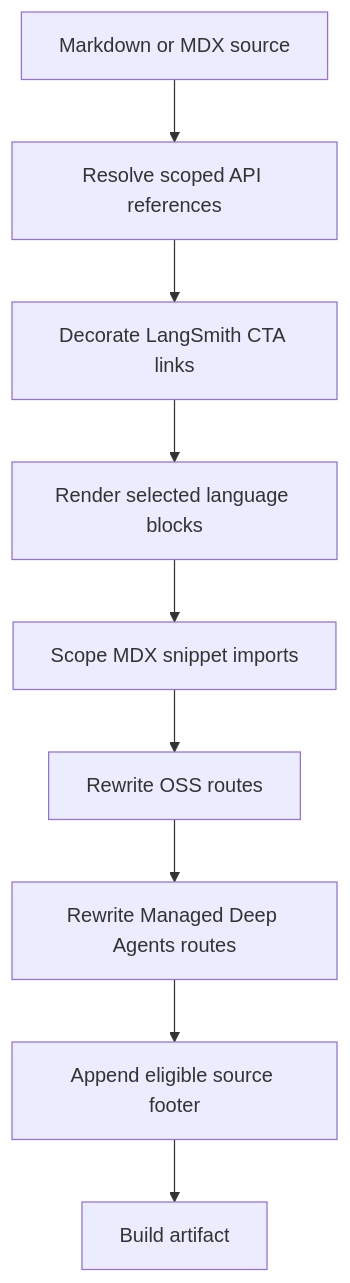
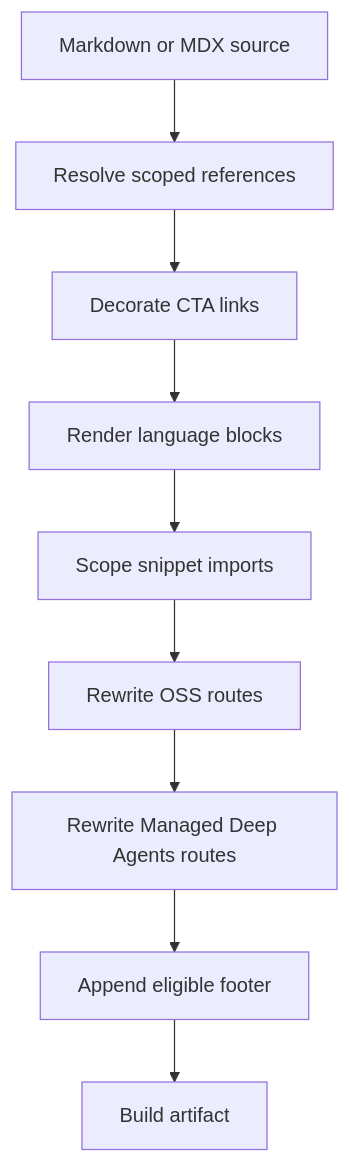
Before and after one commit to langchain-ai/docs: the diagram in openwiki/concepts/preprocessing.md, drawn with Mermaid. The commit also changed other lines of this file and 37 other files, not shown here.

````diff
--- a/openwiki/concepts/preprocessing.md
+++ b/openwiki/concepts/preprocessing.md
@@ -41,11 +41,11 @@
 ```mermaid
 flowchart TD
-    Source["Markdown or MDX source"] --> References["Resolve scoped API references"]
-    References --> Cta["Decorate LangSmith CTA links"]
-    Cta --> Conditional["Render selected language blocks"]
-    Conditional --> Snippets["Scope MDX snippet imports"]
+    Source["Markdown or MDX source"] --> References["Resolve scoped references"]
+    References --> Cta["Decorate CTA links"]
+    Cta --> Conditional["Render language blocks"]
+    Conditional --> Snippets["Scope snippet imports"]
     Snippets --> Oss["Rewrite OSS routes"]
     Oss --> Managed["Rewrite Managed Deep Agents routes"]
-    Managed --> Footer["Append eligible source footer"]
+    Managed --> Footer["Append eligible footer"]
     Footer --> Output["Build artifact"]
 ```
````
